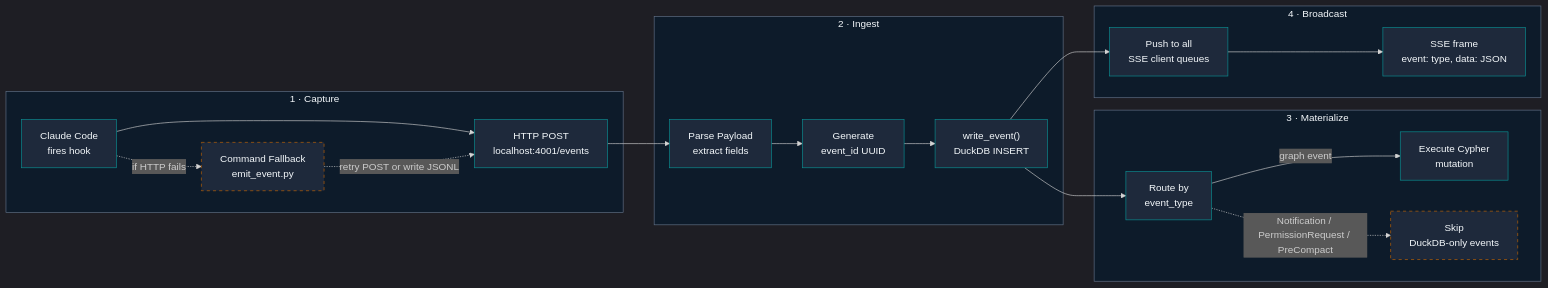
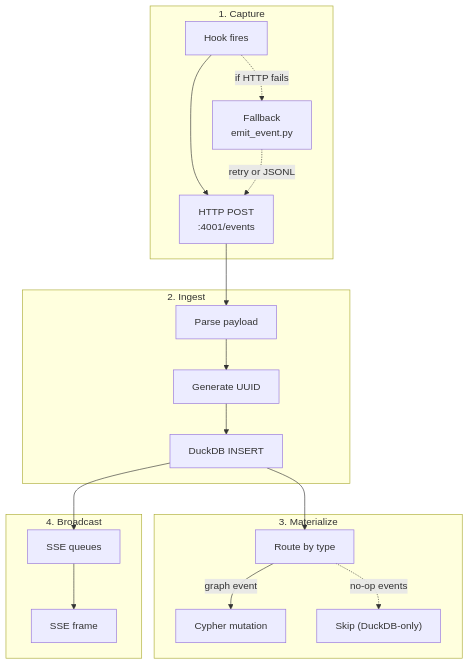
One commit to halcyondude/observable-claude changed the second of 4 diagrams in docs/architecture.md. Above: the diagram before and after it, drawn with Mermaid. The commit also changed other lines of this file and 6 other files, not shown here.

First line of the commit message:
docs: rewrite with matt-voice, fix mermaid for github rendering

````diff
--- a/docs/architecture.md
+++ b/docs/architecture.md
@@ -89,49 +65,39 @@
 ```mermaid
-%%{init: {'theme': 'dark'}}%%
-flowchart LR
-    subgraph CAPTURE ["1 · Capture"]
-        HOOK_FIRE["Claude Code<br/>fires hook"]:::step
-        HTTP_POST["HTTP POST<br/>localhost:4001/events"]:::step
-        CMD_FALL["Command Fallback<br/>emit_event.py"]:::fallback
+flowchart TB
+    subgraph CAPTURE ["1. Capture"]
+        HOOK["Hook fires"]
+        HTTP["HTTP POST<br/>:4001/events"]
+        CMD["Fallback<br/>emit_event.py"]
 
-        HOOK_FIRE --> HTTP_POST
-        HOOK_FIRE -.->|if HTTP fails| CMD_FALL
-        CMD_FALL -.->|"retry POST or write JSONL"| HTTP_POST
+        HOOK --> HTTP
+        HOOK -.->|if HTTP fails| CMD
+        CMD -.->|retry or JSONL| HTTP
     end
 
-    subgraph INGEST ["2 · Ingest"]
-        PARSE["Parse Payload<br/>extract fields"]:::step
-        WRITE_DUCK["write_event()<br/>DuckDB INSERT"]:::step
-        GEN_ID["Generate<br/>event_id UUID"]:::step
+    subgraph INGEST ["2. Ingest"]
+        PARSE["Parse payload"]
+        GEN_ID["Generate UUID"]
+        WRITE_DUCK["DuckDB INSERT"]
 
         PARSE --> GEN_ID --> WRITE_DUCK
     end
 
-    subgraph MATERIALIZE ["3 · Materialize"]
-        ROUTE["Route by<br/>event_type"]:::step
-        CYPHER["Execute Cypher<br/>mutation"]:::step
-        SKIP["Skip<br/>DuckDB-only events"]:::fallback
+    subgraph MATERIALIZE ["3. Materialize"]
+        ROUTE["Route by type"]
+        CYPHER["Cypher mutation"]
+        SKIP["Skip (DuckDB-only)"]
 
         ROUTE -->|graph event| CYPHER
-        ROUTE -.->|"Notification / PermissionRequest / PreCompact"| SKIP
+        ROUTE -.->|no-op events| SKIP
     end
 
-    subgraph BROADCAST ["4 · Broadcast"]
-        QUEUE["Push to all<br/>SSE client queues"]:::step
-        SSE_OUT["SSE frame<br/>event: type, data: JSON"]:::step
-
+    subgraph BROADCAST ["4. Broadcast"]
+        QUEUE["SSE queues"]
+        SSE_OUT["SSE frame"]
         QUEUE --> SSE_OUT
     end
 
-    HTTP_POST --> PARSE
+    HTTP --> PARSE
     WRITE_DUCK --> ROUTE
     WRITE_DUCK --> QUEUE
-
-    classDef step fill:#1E293B,stroke:#0A9396,color:#F4F8FB
-    classDef fallback fill:#1E293B,stroke:#CA6702,color:#F4F8FB,stroke-dasharray: 5 5
-
-    style CAPTURE fill:#0D1B2A,stroke:#64748B,color:#F4F8FB
-    style INGEST fill:#0D1B2A,stroke:#64748B,color:#F4F8FB
-    style MATERIALIZE fill:#0D1B2A,stroke:#64748B,color:#F4F8FB
-    style BROADCAST fill:#0D1B2A,stroke:#64748B,color:#F4F8FB
 ```
````
